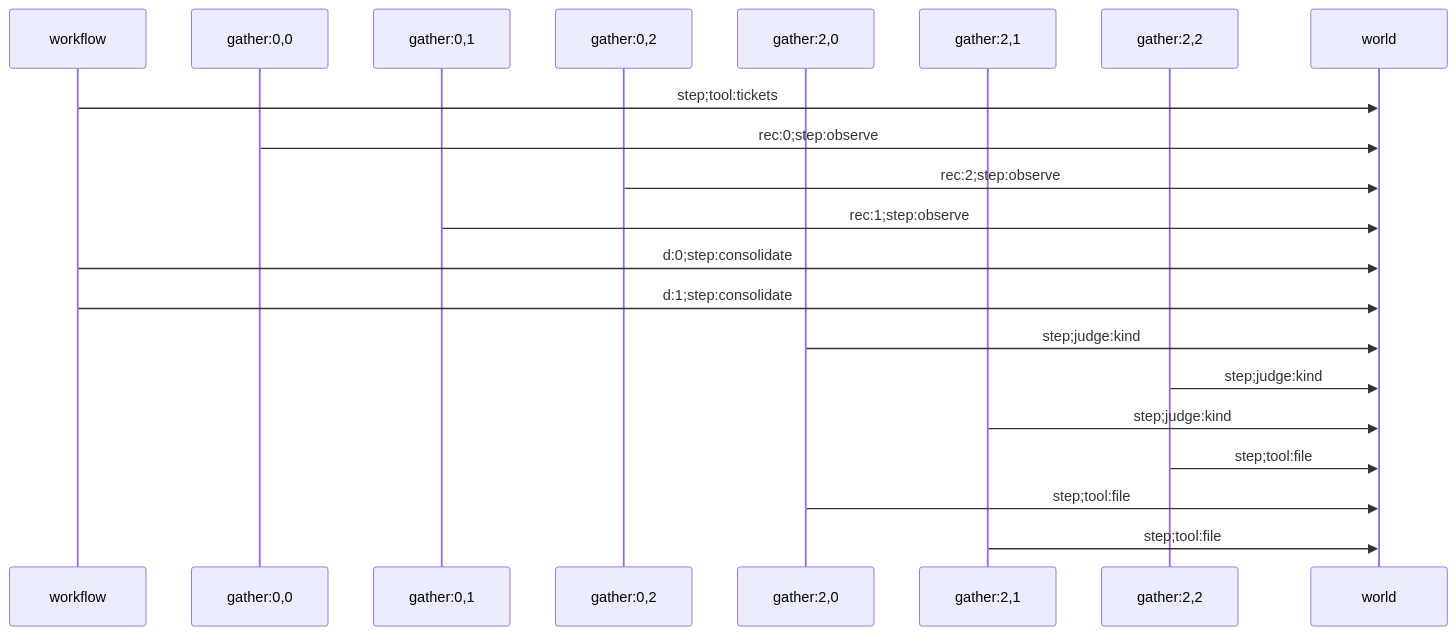
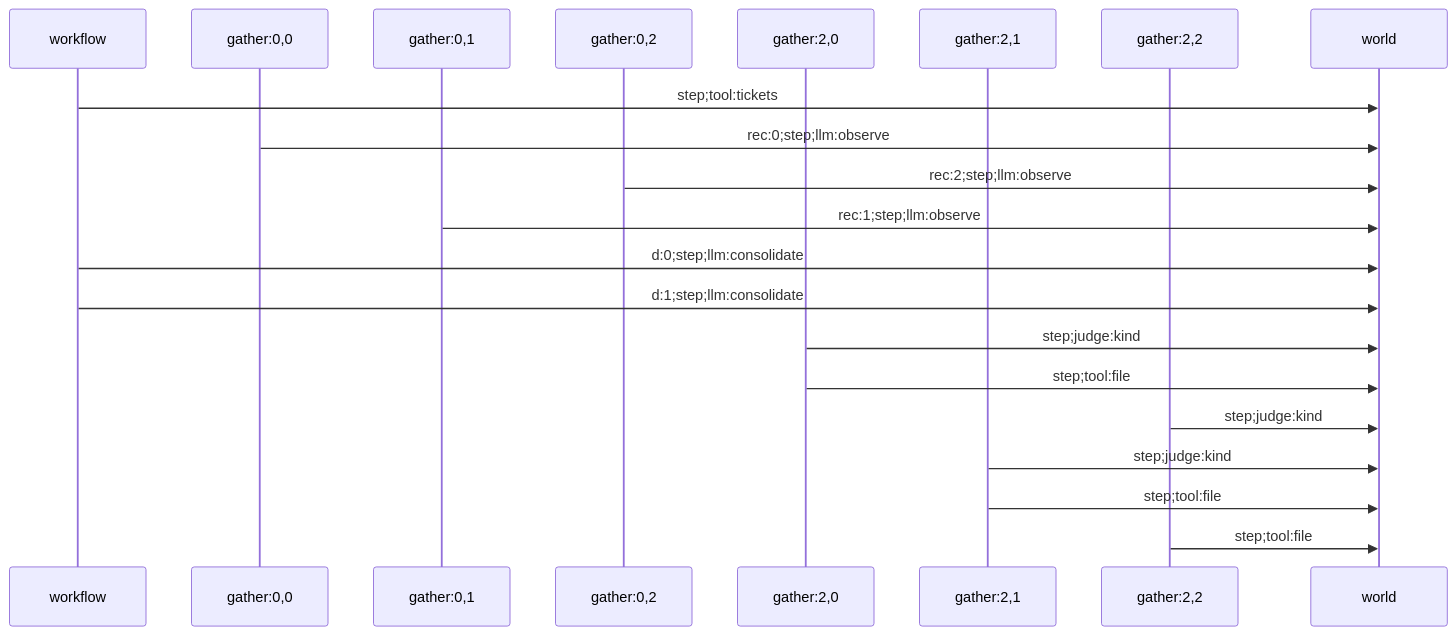
The eighth of 11 diagrams in wiki/concepts/building-with-effective.md (jimbaker/effective), drawn with Mermaid before and after one commit. The commit also changed other lines of this file and 183 other files, not shown here.

````diff
--- a/wiki/concepts/building-with-effective.md
+++ b/wiki/concepts/building-with-effective.md
@@ -242,23 +242,23 @@
 ```mermaid
 sequenceDiagram
   participant run as workflow
   participant b1 as gather:0,0
   participant b2 as gather:0,1
   participant b3 as gather:0,2
   participant b4 as gather:2,0
   participant b5 as gather:2,1
   participant b6 as gather:2,2
   participant world
   run->>world: step#59;tool:tickets
-  b1->>world: rec:0#59;step:observe
-  b3->>world: rec:2#59;step:observe
-  b2->>world: rec:1#59;step:observe
-  run->>world: d:0#59;step:consolidate
-  run->>world: d:1#59;step:consolidate
+  b1->>world: rec:0#59;step#59;llm:observe
+  b3->>world: rec:2#59;step#59;llm:observe
+  b2->>world: rec:1#59;step#59;llm:observe
+  run->>world: d:0#59;step#59;llm:consolidate
+  run->>world: d:1#59;step#59;llm:consolidate
   b4->>world: step#59;judge:kind
+  b4->>world: step#59;tool:file
   b6->>world: step#59;judge:kind
   b5->>world: step#59;judge:kind
+  b5->>world: step#59;tool:file
   b6->>world: step#59;tool:file
-  b4->>world: step#59;tool:file
-  b5->>world: step#59;tool:file
 ```
````
